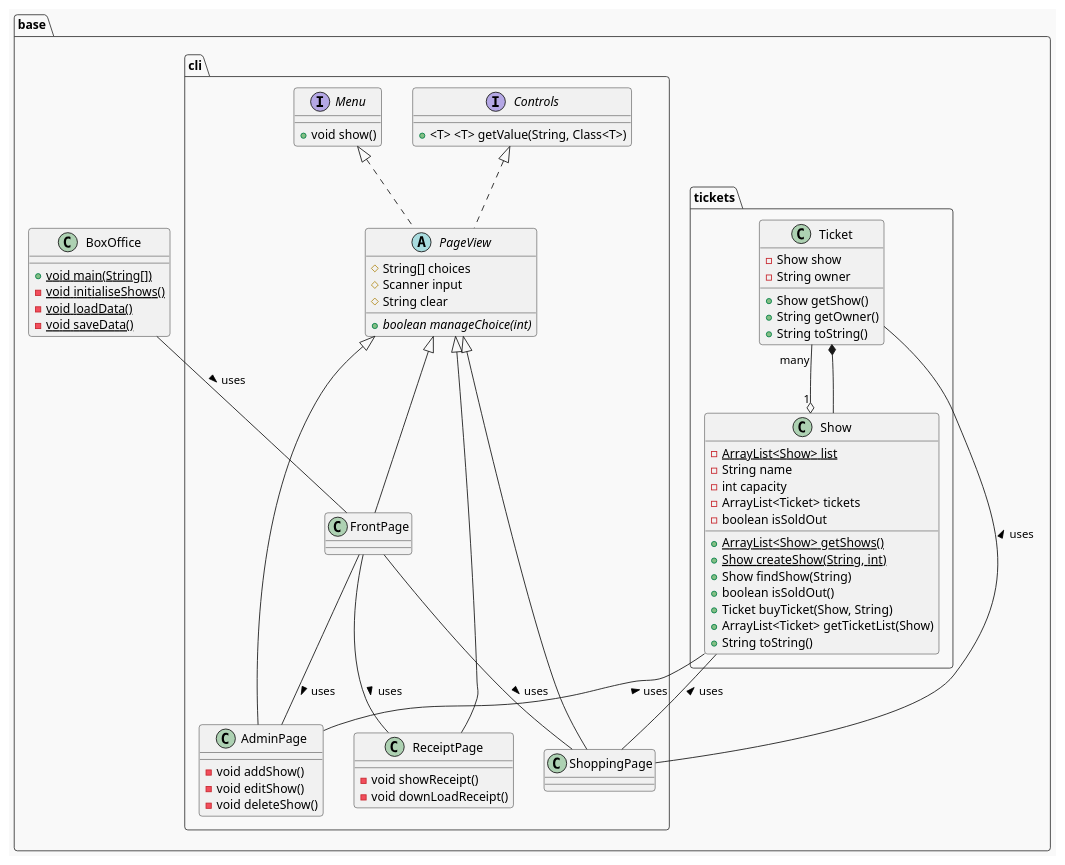
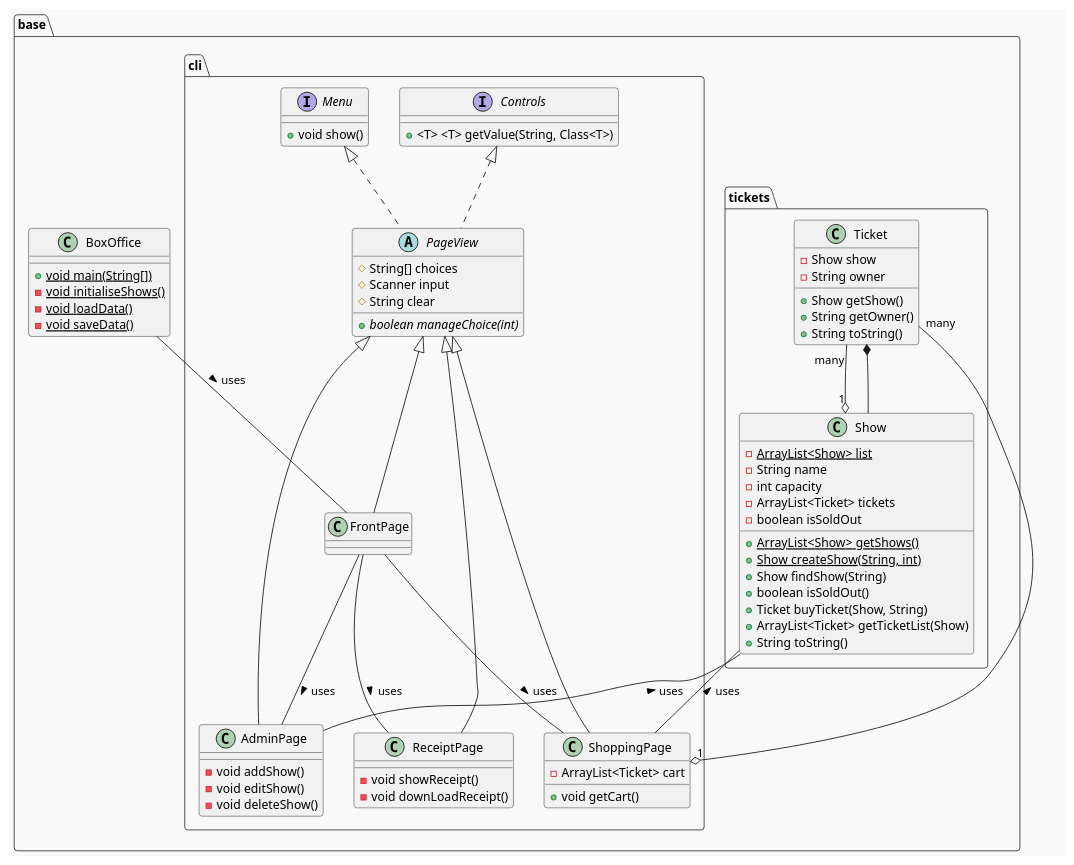
One commit to physcrowley/BoxOffice changed the diagram in structure.puml. Above: the diagram before and after it, drawn with PlantUML. The commit also changed 1 other file, not shown here.

Commit message:
added todo to ShoppingPage

```diff
--- a/structure.puml
+++ b/structure.puml
@@ -3,84 +3,87 @@
 @startuml structure
 
 /' https://plantuml.com/fr/theme
 favoris : mars, plain, amiga, crt-green, sketchy '/
 !theme mars
 
 /' https://plantuml.com/fr/class-diagram '/
 
 /' objets '/
 package base {
     package base.cli {
 
         interface Controls {
             + <T> <T> getValue(String, Class<T>)
         }
         interface Menu{
             + void show()
         }
         abstract class PageView implements Menu, Controls {
             # String[] choices 
             # Scanner input
             # String clear
             + {abstract} boolean manageChoice(int)
         }
         class FrontPage extends PageView
         class AdminPage extends PageView {
             - void addShow()
             - void editShow()
             - void deleteShow()
         }
-        class ShoppingPage extends PageView
+        class ShoppingPage extends PageView {
+            - ArrayList<Ticket> cart
+            + void getCart()
+        }
         class ReceiptPage extends PageView {
             - void showReceipt()
             - void downLoadReceipt()
         }
 
         FrontPage -- AdminPage : > uses
         FrontPage -- ShoppingPage : > uses
         FrontPage -- ReceiptPage : > uses
 
     }
 
     package base.tickets {
         class Ticket {
             - Show show
             - String owner
             + Show getShow()
             + String getOwner()
             + String toString()
         }
         class Show {
             - {static} ArrayList<Show> list
             - String name
             - int capacity
             - ArrayList<Ticket> tickets
             - boolean isSoldOut
             + {static} ArrayList<Show> getShows()
             + {static} Show createShow(String, int)
             + Show findShow(String)
             + boolean isSoldOut()
             + Ticket buyTicket(Show, String)
             + ArrayList<Ticket> getTicketList(Show)
             + String toString()
         }
 
         Ticket "many" --o "1"  Show
         Ticket *-- Show
     }
 
     class BoxOffice {
         + {static} void main(String[])
         - {static} void initialiseShows()
         - {static} void loadData()
         - {static} void saveData()
     }
 
     BoxOffice -- FrontPage : > uses
     Show -- AdminPage : < uses
     Show -- ShoppingPage : < uses
-    Ticket -- ShoppingPage : < uses
+    Ticket "many" --o "1" ShoppingPage
 
 }
 
 @enduml
```
